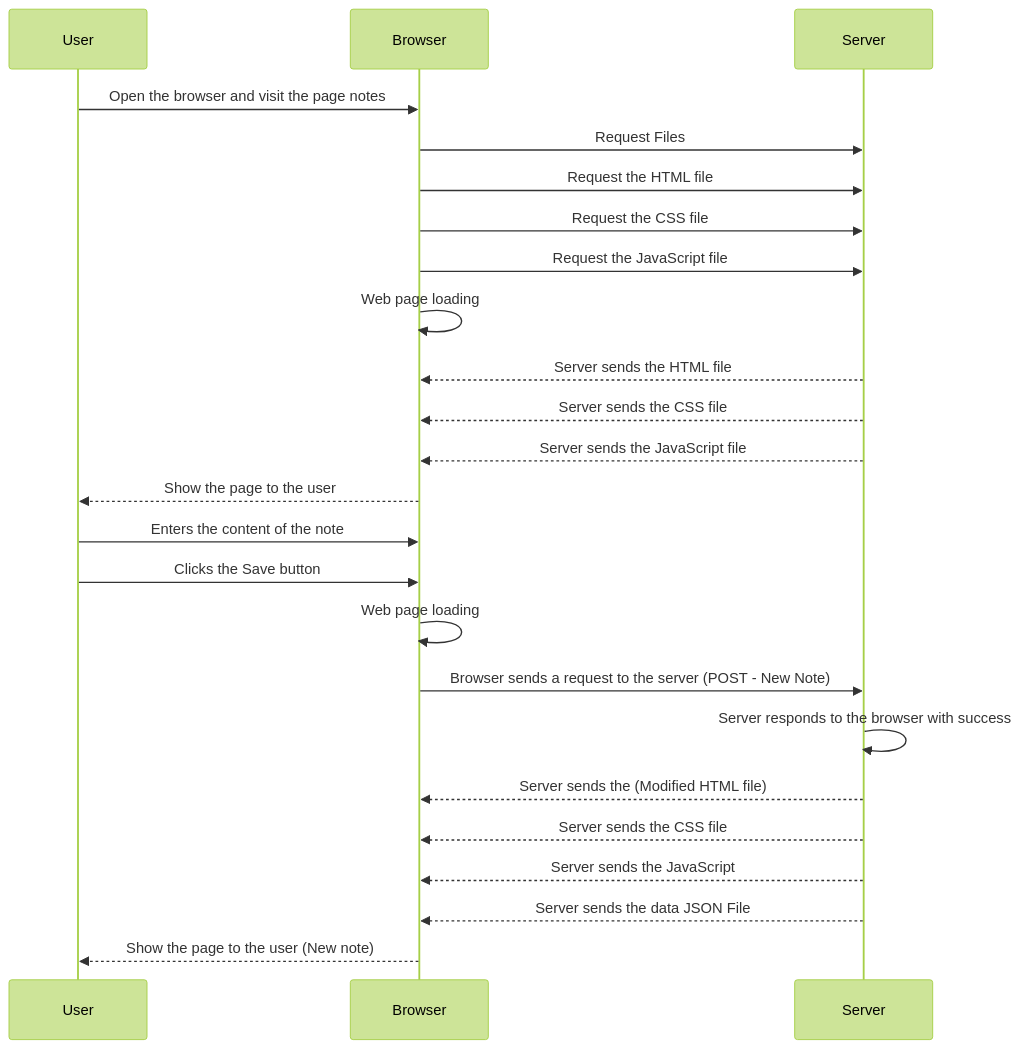
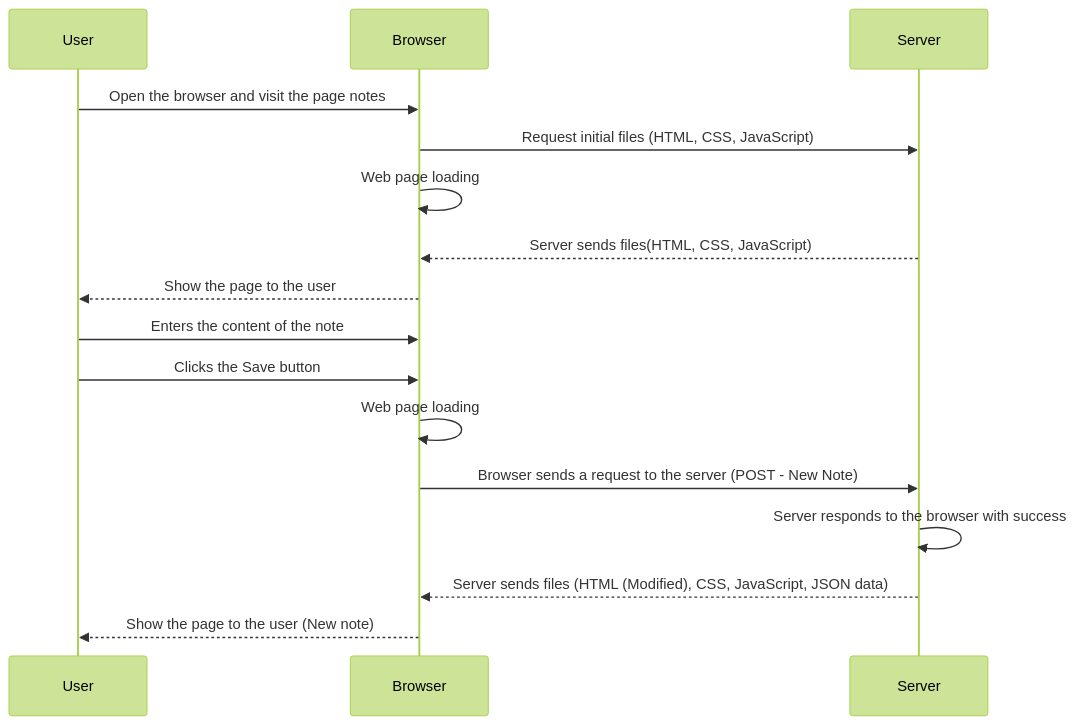
Before and after one commit to 0sc4rj/fullstack: the diagram in part0/exercise04.md, drawn with Mermaid (forest theme). The commit also changed 2 other files, not shown here.

Commit message:
Exercise

````diff
--- a/part0/exercise04.md
+++ b/part0/exercise04.md
@@ -3,27 +3,19 @@
 ```mermaid
 sequenceDiagram
     participant User
     participant Browser
     participant Server
 
     User->>Browser: Open the browser and visit the page notes
-    Browser->>Server: Request Files
-    Browser->>Server: Request the HTML file
-    Browser->>Server: Request the CSS file
-    Browser->>Server: Request the JavaScript file
+    Browser->>Server: Request initial files (HTML, CSS, JavaScript)
     Browser->>Browser: Web page loading
-    Server-->>Browser: Server sends the HTML file
-    Server-->>Browser: Server sends the CSS file
-    Server-->>Browser: Server sends the JavaScript file
+    Server-->>Browser: Server sends files(HTML, CSS, JavaScript)
     Browser-->>User: Show the page to the user
     User->>Browser: Enters the content of the note
     User->>Browser: Clicks the Save button
     Browser->>Browser: Web page loading
     Browser->>Server: Browser sends a request to the server (POST - New Note)
     Server->>Server: Server responds to the browser with success
-    Server-->>Browser: Server sends the (Modified HTML file)
-    Server-->>Browser: Server sends the CSS file
-    Server-->>Browser: Server sends the JavaScript
-    Server-->>Browser: Server sends the data JSON File
+    Server-->>Browser: Server sends files  (HTML (Modified), CSS, JavaScript, JSON data)
     Browser-->>User: Show the page to the user (New note)
 ```
````
